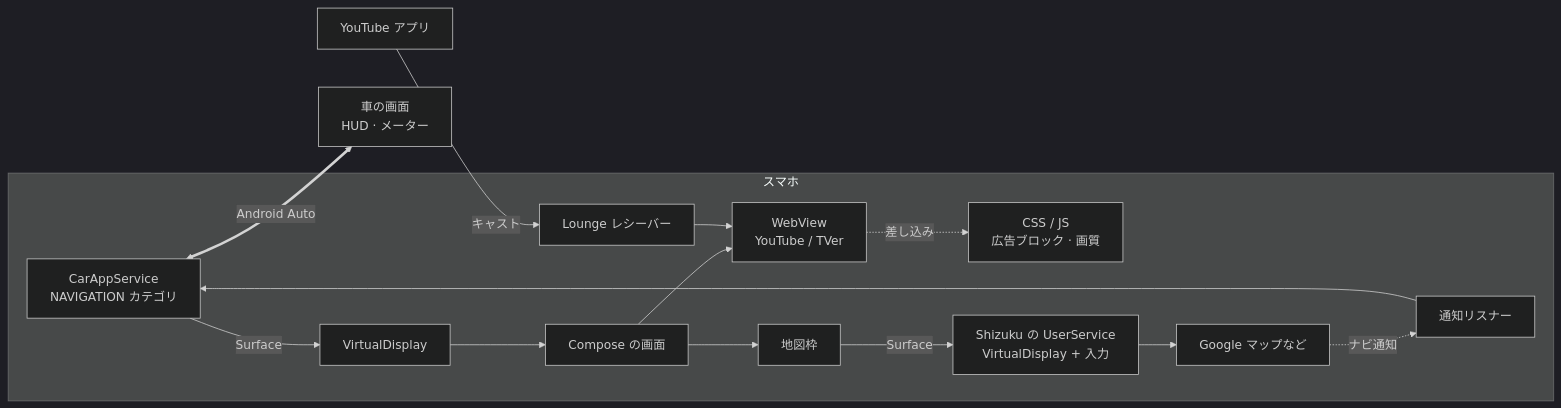
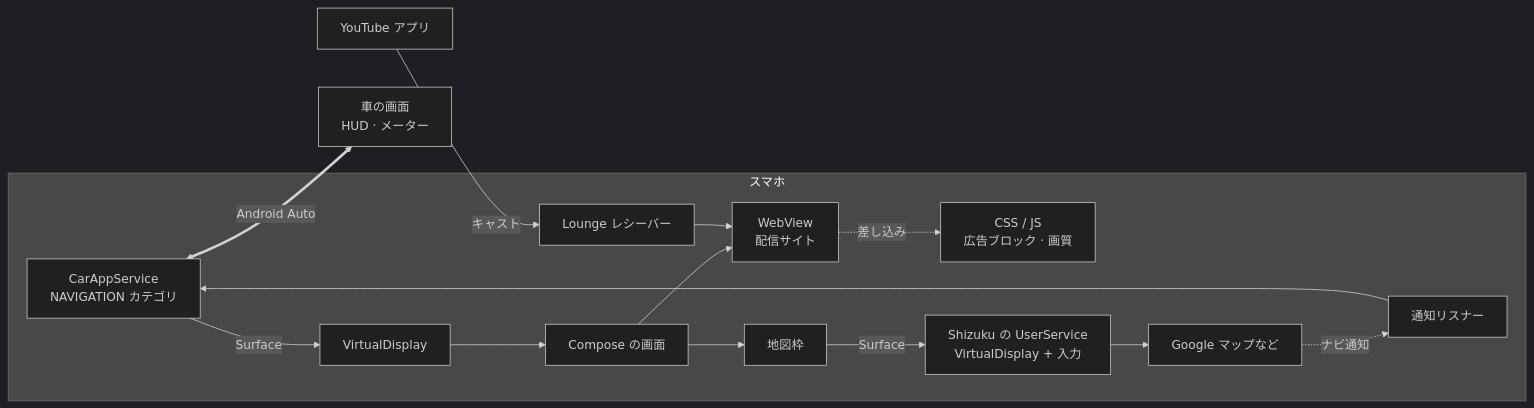
The diagram in README.ja.md (hirossan4049/aweauto), drawn with Mermaid (dark theme) before and after one commit. The commit also changed other lines of this file and 5 other files, not shown here.

````diff
--- a/README.ja.md
+++ b/README.ja.md
@@ -171,17 +179,17 @@
 ```mermaid
 flowchart LR
     subgraph スマホ
         CAS[CarAppService<br/>NAVIGATION カテゴリ] -- Surface --> VD[VirtualDisplay]
         VD --> UI[Compose の画面]
-        UI --> WV[WebView<br/>YouTube / TVer]
+        UI --> WV[WebView<br/>配信サイト]
         WV -. 差し込み .-> JS[CSS / JS<br/>広告ブロック · 画質]
         UI --> MP[地図枠]
         MP -- Surface --> SH[Shizuku の UserService<br/>VirtualDisplay + 入力]
         SH --> MAP[Google マップなど]
         MAP -. ナビ通知 .-> NL[通知リスナー]
         NL --> CAS
         LR[Lounge レシーバー] --> WV
     end
     CAS <== Android Auto ==> CAR[車の画面<br/>HUD · メーター]
     YT[YouTube アプリ] -- キャスト --> LR
 ```
````
